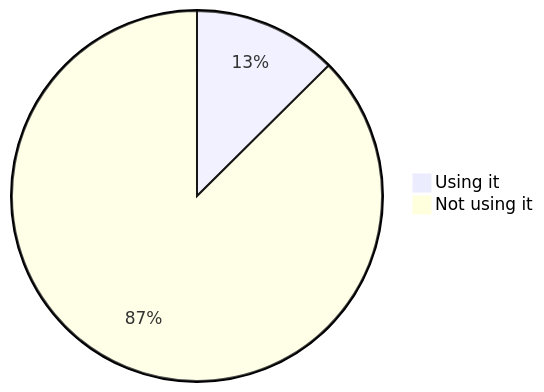
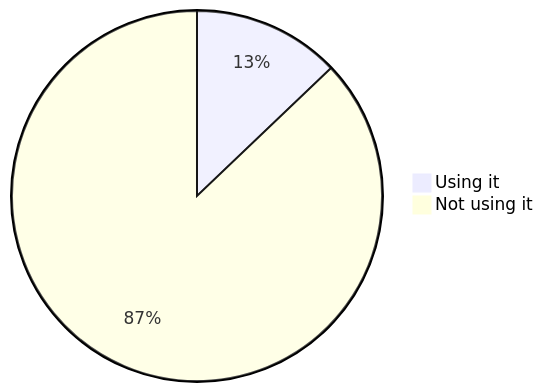
One commit to oshp/oshp-stats changed diagram 13 of 22 in stats.md. Above: the diagram before and after it, drawn with Mermaid. The commit also changed other lines of this file, not shown here.

````diff
--- a/stats.md
+++ b/stats.md
@@ -154,6 +154,6 @@
 ```mermaid
 pie
-	"Using it" : 12.57
-	"Not using it" : 87.43
+	"Using it" : 12.87
+	"Not using it" : 87.13
 
 ```
````
